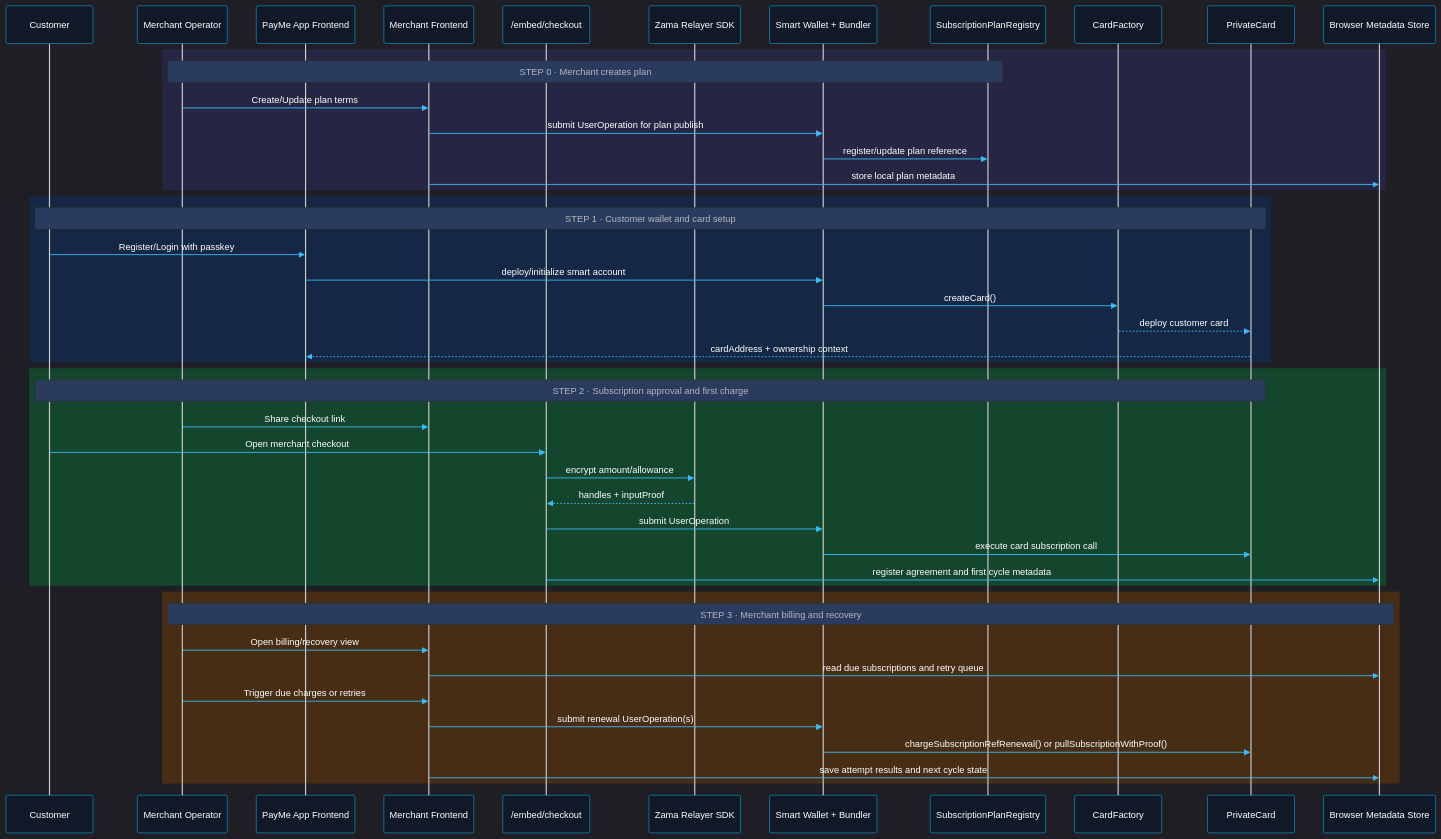
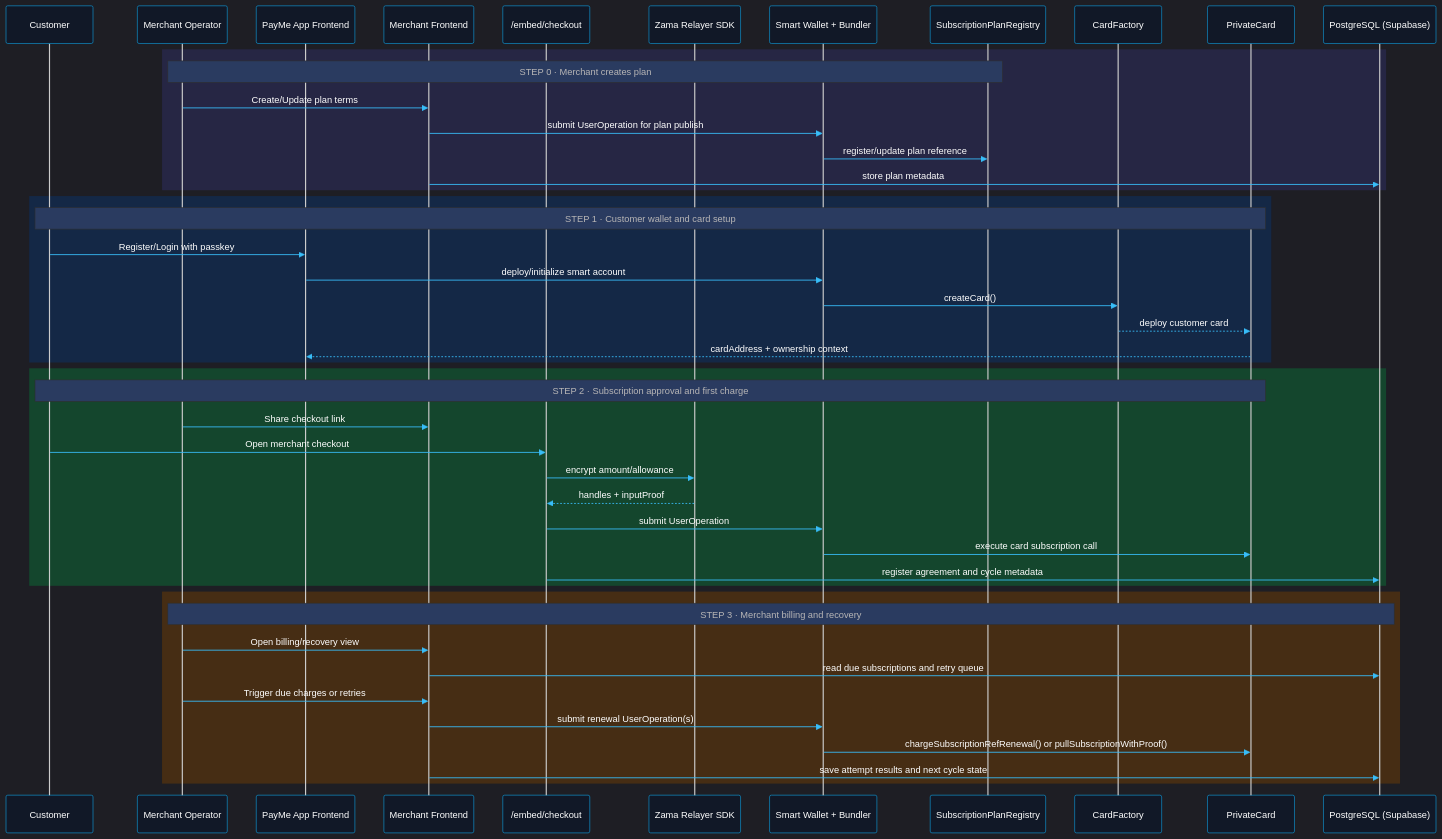
The first of 2 diagrams in README.md (tekuuu/PayMe), drawn with Mermaid before and after one commit. The commit also changed other lines of this file, not shown here.

First line of the commit message:
docs: update README for PostgreSQL + Drizzle ORM migration

````diff
--- a/README.md
+++ b/README.md
@@ -146,53 +152,53 @@
 ```mermaid
 %%{init: {'theme':'dark', 'themeVariables': { 'primaryColor':'#0ea5e9', 'primaryTextColor':'#ffffff', 'primaryBorderColor':'#0284c7', 'lineColor':'#38bdf8', 'secondaryColor':'#1e293b', 'tertiaryColor':'#334155', 'background':'#0b1220', 'mainBkg':'#111827', 'secondBkg':'#1f2937', 'labelBackground':'#1f2937', 'labelTextColor':'#ffffff', 'actorBkg':'#111827', 'actorBorder':'#0ea5e9', 'actorTextColor':'#ffffff', 'signalColor':'#38bdf8', 'signalTextColor':'#ffffff'}}}%%
 sequenceDiagram
     participant User as Customer
     participant Merchant as Merchant Operator
     participant App as PayMe App Frontend
     participant MUI as Merchant Frontend
     participant Checkout as /embed/checkout
     participant SDK as Zama Relayer SDK
     participant AA as Smart Wallet + Bundler
     participant Registry as SubscriptionPlanRegistry
     participant Factory as CardFactory
     participant Card as PrivateCard
-    participant CP as Browser Metadata Store
+    participant CP as PostgreSQL (Supabase)
 
     rect rgb(38,38,68)
         Note over Merchant,Registry: STEP 0 · Merchant creates plan
         Merchant->>MUI: Create/Update plan terms
         MUI->>AA: submit UserOperation for plan publish
         AA->>Registry: register/update plan reference
-        MUI->>CP: store local plan metadata
+        MUI->>CP: store plan metadata
     end
 
     rect rgb(20,40,70)
         Note over User,Card: STEP 1 · Customer wallet and card setup
         User->>App: Register/Login with passkey
         App->>AA: deploy/initialize smart account
         AA->>Factory: createCard()
         Factory-->>Card: deploy customer card
         Card-->>App: cardAddress + ownership context
     end
 
     rect rgb(20,70,45)
         Note over User,Card: STEP 2 · Subscription approval and first charge
         Merchant->>MUI: Share checkout link
         User->>Checkout: Open merchant checkout
         Checkout->>SDK: encrypt amount/allowance
         SDK-->>Checkout: handles + inputProof
         Checkout->>AA: submit UserOperation
         AA->>Card: execute card subscription call
-        Checkout->>CP: register agreement and first cycle metadata
+        Checkout->>CP: register agreement and cycle metadata
     end
 
     rect rgb(70,45,20)
         Note over Merchant,CP: STEP 3 · Merchant billing and recovery
         Merchant->>MUI: Open billing/recovery view
         MUI->>CP: read due subscriptions and retry queue
         Merchant->>MUI: Trigger due charges or retries
         MUI->>AA: submit renewal UserOperation(s)
         AA->>Card: chargeSubscriptionRefRenewal() or pullSubscriptionWithProof()
         MUI->>CP: save attempt results and next cycle state
     end
 ```
````
